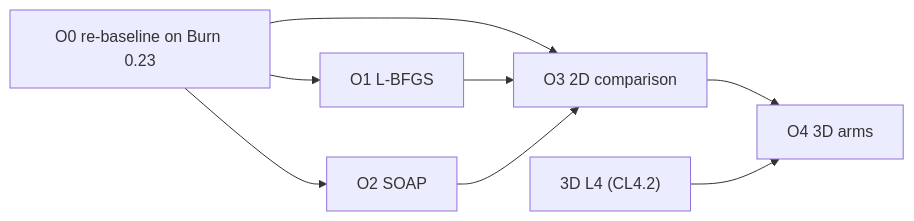
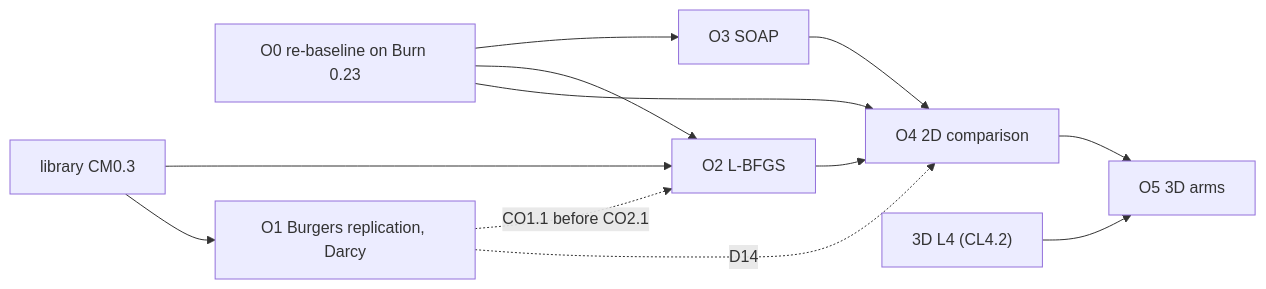
Before and after one commit to AHA-HH/sciml-rs: the diagram in docs/design/optimisers.md, drawn with Mermaid. The commit also changed other lines of this file and 3 other files, not shown here.

First line of the commit message:
docs(optimisers): draft 0.2, the Burgers replication of PETScML as O1 (#125)

````diff
--- a/docs/design/optimisers.md
+++ b/docs/design/optimisers.md
@@ -274,10 +380,14 @@
 ```mermaid
 flowchart LR
-  O0["O0 re-baseline on Burn 0.23"] --> O3
-  O0 --> O1
+  O0["O0 re-baseline on Burn 0.23"] --> O4
   O0 --> O2
-  O1["O1 L-BFGS"] --> O3["O3 2D comparison"]
-  O2["O2 SOAP"] --> O3
-  O3 --> O4["O4 3D arms"]
-  L4["3D L4 (CL4.2)"] --> O4
+  O0 --> O3
+  O1["O1 Burgers replication, Darcy"] -.->|D14| O4
+  O2["O2 L-BFGS"] --> O4["O4 2D comparison"]
+  O3["O3 SOAP"] --> O4
+  O4 --> O5["O5 3D arms"]
+  L4["3D L4 (CL4.2)"] --> O5
+  M03["library CM0.3"] --> O1
+  M03 --> O2
+  O1 -.->|CO1.1 before CO2.1| O2
 ```
````
